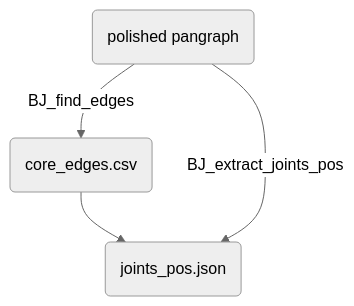
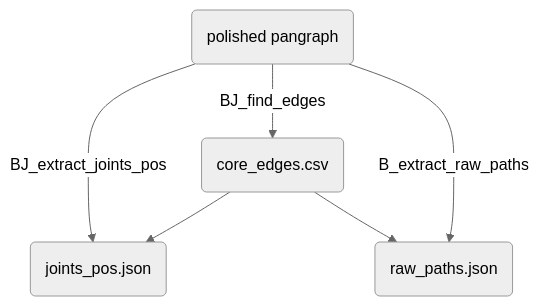
One commit to mmolari/ecoliST131-structural-evo changed the fourth of 4 diagrams in notes/01_workflow_description.md. Above: the diagram before and after it, drawn with Mermaid (neutral theme). The commit also changed other lines of this file, not shown here.

Commit message:
chore: documentation

````diff
--- a/notes/01_workflow_description.md
+++ b/notes/01_workflow_description.md
@@ -71,6 +71,9 @@
 ```mermaid
 flowchart TD
     A("polished pangraph") --> |BJ_find_edges| B("core_edges.csv")
+    A --> |BJ_extract_joints_pos| C("joints_pos.json")
     B --> C
-    A --> |BJ_extract_joints_pos| C("joints_pos.json")
+    B --> D
+    A --> |B_extract_raw_paths| D("raw_paths.json")
+
 ```
````
